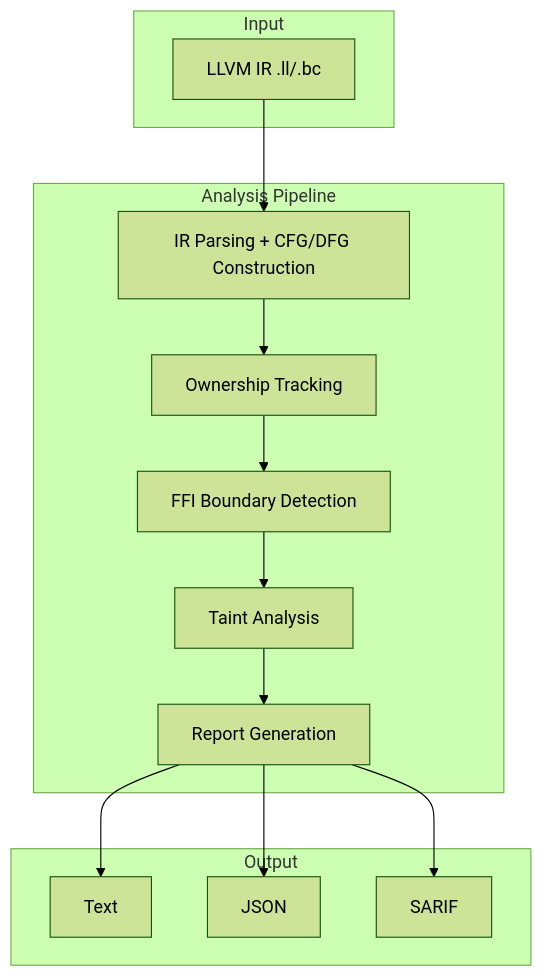
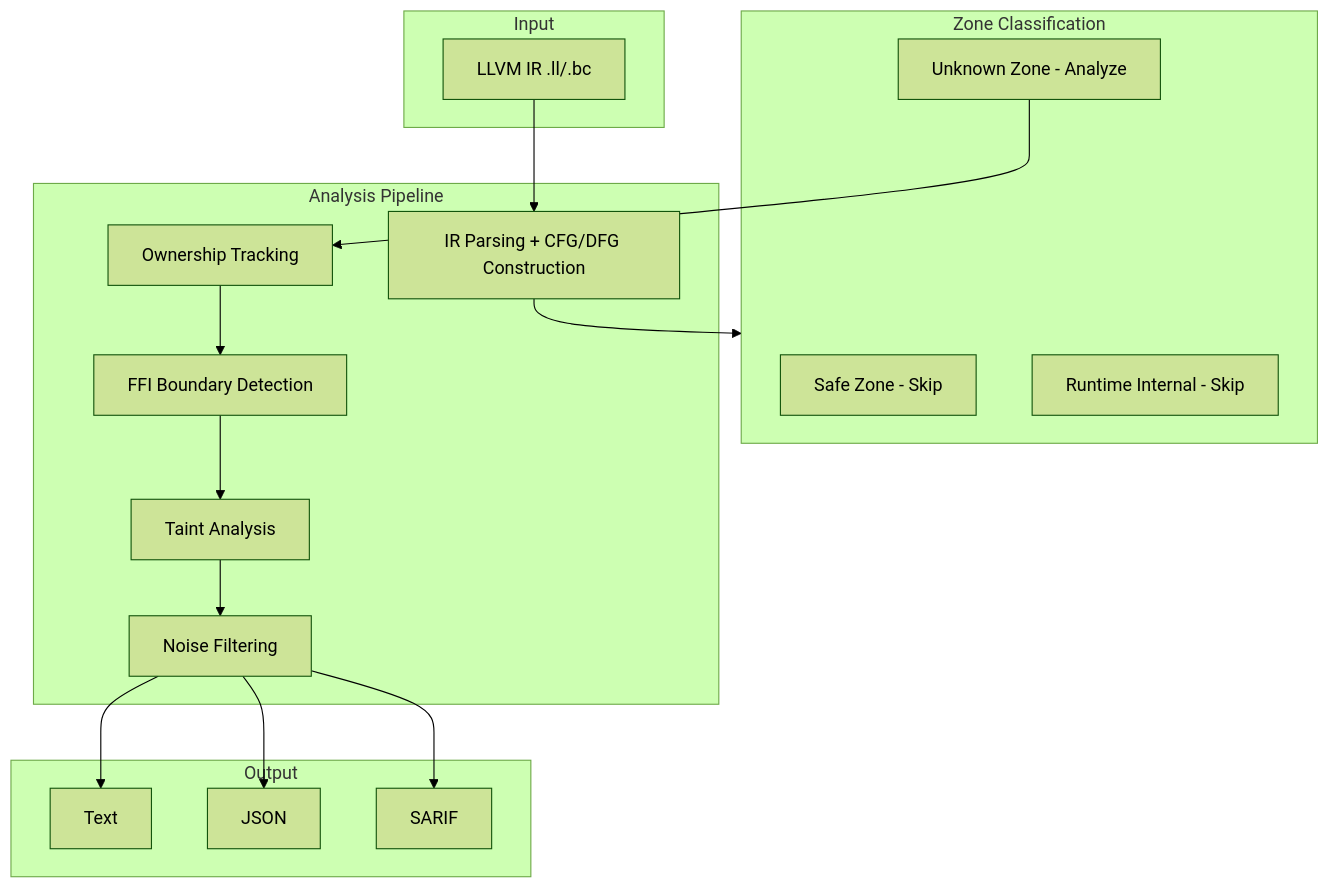
One commit to Timwood0x10/OmniScope changed the second of 4 diagrams in README.md. Above: the diagram before and after it, drawn with Mermaid (forest theme). The commit also changed other lines of this file and 41 other files, not shown here.

Commit message:
implement zone classification for Rust/C code

````diff
--- a/README.md
+++ b/README.md
@@ -43,23 +65,30 @@
 ```mermaid
 graph TB
-    subgraph Input
+    subgraph Input["Input"]
         IR[LLVM IR .ll/.bc]
     end
-
+    
+    subgraph Zone["Zone Classification"]
+        Z1[Safe Zone - Skip]
+        Z2[Runtime Internal - Skip]
+        Z3[Unknown Zone - Analyze]
+    end
+    
     subgraph Pipeline["Analysis Pipeline"]
-        Parse[IR Parsing + CFG/DFG Construction]
-        Own[Ownership Tracking]
-        FFI[FFI Boundary Detection]
-        Taint[Taint Analysis]
-        Report[Report Generation]
+        P1[IR Parsing + CFG/DFG Construction]
+        P2[Ownership Tracking]
+        P3[FFI Boundary Detection]
+        P4[Taint Analysis]
+        P5[Noise Filtering]
     end
-
-    subgraph Output
-        Text[Text]
-        JSON[JSON]
-        SARIF[SARIF]
+    
+    subgraph Output["Output"]
+        O1[Text]
+        O2[JSON]
+        O3[SARIF]
     end
-
-    IR --> Parse --> Own --> FFI --> Taint --> Report
-    Report --> Text & JSON & SARIF
+    
+    IR --> P1 --> Zone
+    Z3 --> P2 --> P3 --> P4 --> P5
+    P5 --> O1 & O2 & O3
 ```
````
